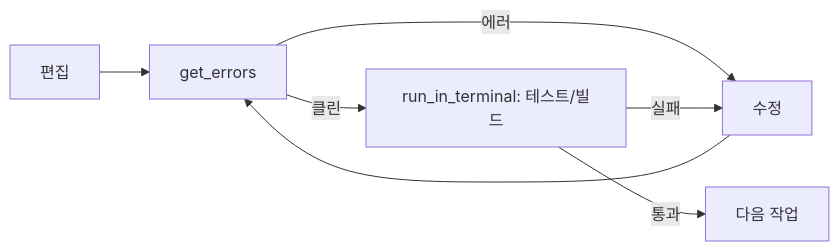
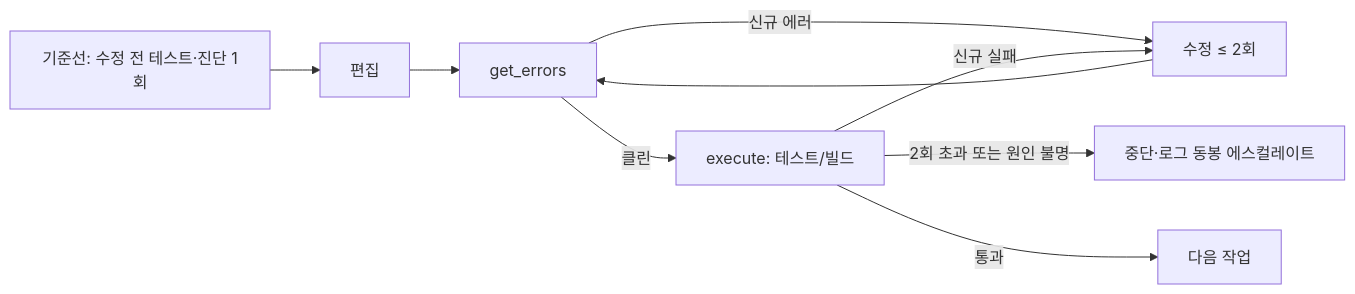
One commit to YOONPYOGitHub/harness changed the second of 2 diagrams in docs/02-ghcp-harness-design.md. Above: the diagram before and after it, drawn with Mermaid. The commit also changed other lines of this file and 14 other files, not shown here.

````diff
--- a/docs/02-ghcp-harness-design.md
+++ b/docs/02-ghcp-harness-design.md
@@ -99,9 +106,11 @@
 ```mermaid
 flowchart LR
-    Edit[편집] --> Err[get_errors]
-    Err -->|에러| Fix[수정]
+    Base[기준선: 수정 전 테스트·진단 1회] --> Edit[편집]
+    Edit --> Err[get_errors]
+    Err -->|신규 에러| Fix[수정 ≤ 2회]
     Fix --> Err
-    Err -->|클린| Test[run_in_terminal: 테스트/빌드]
-    Test -->|실패| Fix
+    Err -->|클린| Test[execute: 테스트/빌드]
+    Test -->|신규 실패| Fix
+    Test -->|2회 초과 또는 원인 불명| Esc[중단·로그 동봉 에스컬레이트]
     Test -->|통과| OK[다음 작업]
 ```
````
